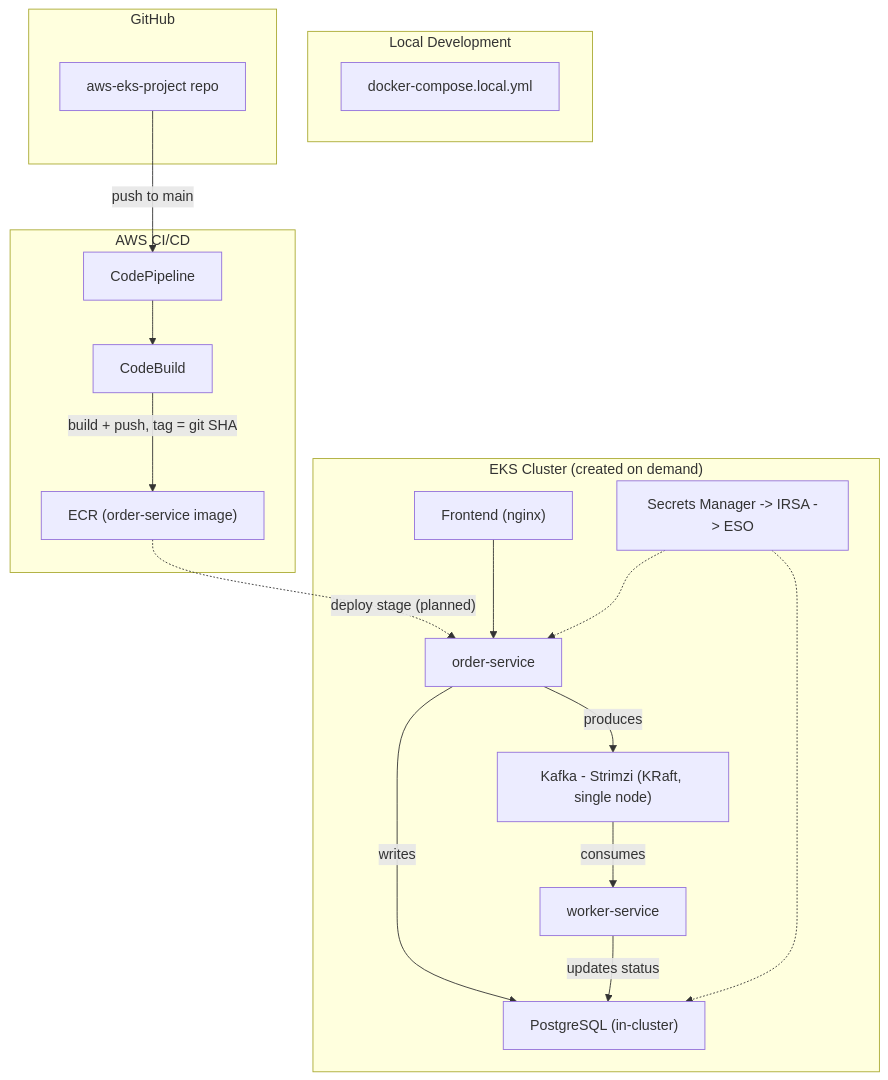
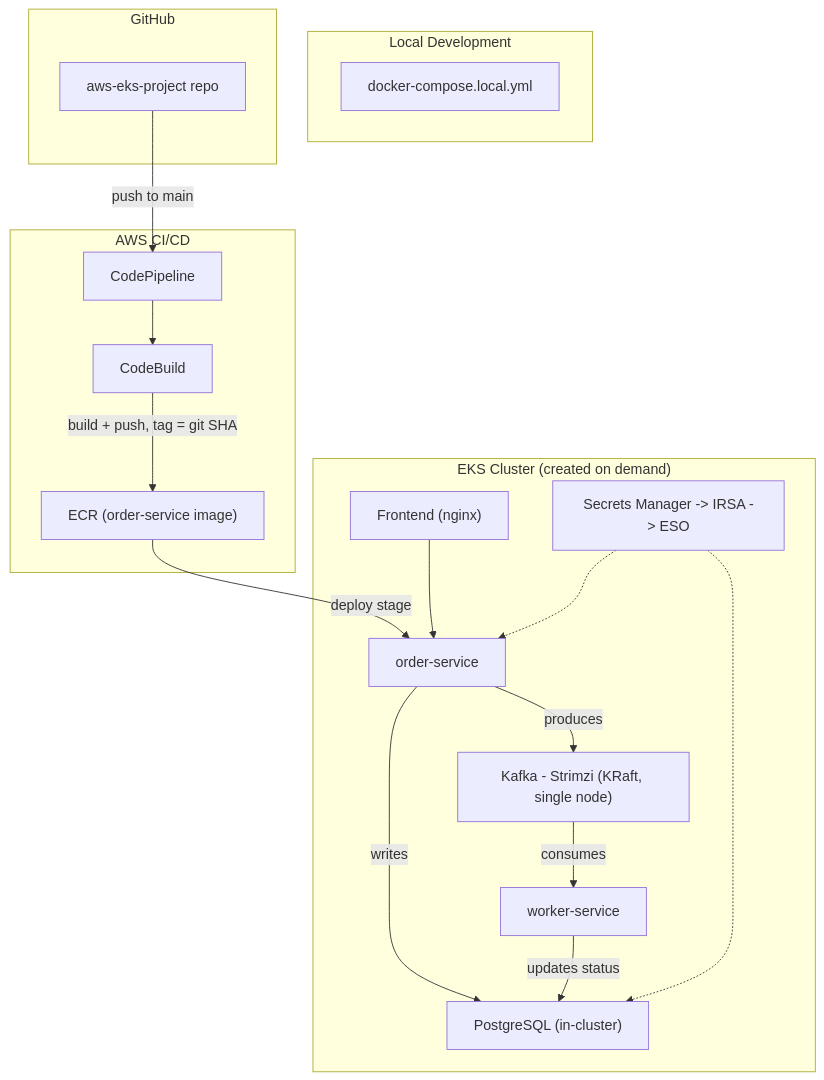
One commit to antoan-a-ignatov/aws-eks-project changed the diagram in README.md. Above: the diagram before and after it, drawn with Mermaid. The commit also changed other lines of this file and 6 other files, not shown here.

````diff
--- a/README.md
+++ b/README.md
@@ -46,38 +46,38 @@
 ```mermaid
 flowchart TB
     subgraph Local["Local Development"]
         DC["docker-compose.local.yml"]
     end
 
     subgraph GitHub["GitHub"]
         Repo["aws-eks-project repo"]
     end
 
     subgraph Pipeline["AWS CI/CD"]
         CP["CodePipeline"]
         CB["CodeBuild"]
         ECR["ECR (order-service image)"]
     end
 
     subgraph Cluster["EKS Cluster (created on demand)"]
         FE["Frontend (nginx)"]
         API["order-service"]
         Worker["worker-service"]
         PG["PostgreSQL (in-cluster)"]
         Kafka["Kafka - Strimzi (KRaft, single node)"]
         Secrets["Secrets Manager -> IRSA -> ESO"]
     end
 
     Repo -- "push to main" --> CP
     CP --> CB
     CB -- "build + push, tag = git SHA" --> ECR
-    ECR -. "deploy stage (planned)" .-> API
+    ECR -- "deploy stage" --> API
 
     FE --> API
     API -- "writes" --> PG
     API -- "produces" --> Kafka
     Kafka -- "consumes" --> Worker
     Worker -- "updates status" --> PG
     Secrets -.-> API
     Secrets -.-> PG
 ```
````
